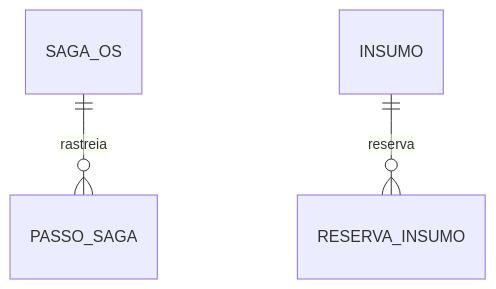
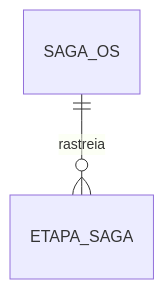
One commit to Grupo78-PosTech-15SOAT/AutoReparos changed the second of 2 diagrams in .specs/features/fase4/saga-mensageria/plan.md. Above: the diagram before and after it, drawn with Mermaid. The commit also changed other lines of this file and 5 other files, not shown here.

````diff
--- a/.specs/features/fase4/saga-mensageria/plan.md
+++ b/.specs/features/fase4/saga-mensageria/plan.md
@@ -31,5 +28,4 @@
 ```mermaid
 erDiagram
-    SAGA_OS ||--o{ PASSO_SAGA : rastreia
-    INSUMO ||--o{ RESERVA_INSUMO : reserva
+    SAGA_OS ||--o{ ETAPA_SAGA : rastreia
 ```
````
